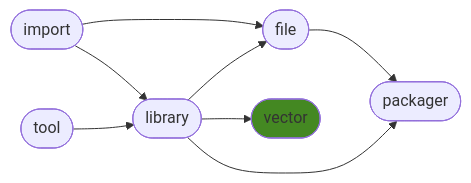
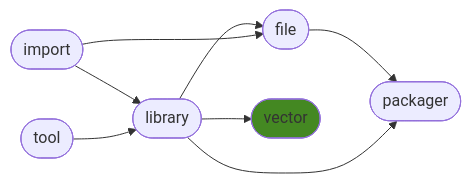
Before and after one commit to ManderaGeneral/generalvector: the diagram in README.md, drawn with Mermaid. The commit also changed other lines of this file and 1 other file, not shown here.

````diff
--- a/README.md
+++ b/README.md
@@ -24,17 +24,17 @@
 ```mermaid
 flowchart LR
+2([library]) --> 4([vector])
+0([import]) --> 2([library])
+3([file]) --> 5([packager])
+2([library]) --> 5([packager])
+1([tool]) --> 2([library])
+2([library]) --> 3([file])
 0([import]) --> 3([file])
-3([file]) --> 5([packager])
-2([library]) --> 4([vector])
-2([library]) --> 3([file])
-0([import]) --> 2([library])
-1([tool]) --> 2([library])
-2([library]) --> 5([packager])
 click 0 "https://github.com/ManderaGeneral/generalimport"
 click 1 "https://github.com/ManderaGeneral/generaltool"
 click 2 "https://github.com/ManderaGeneral/generallibrary"
 click 3 "https://github.com/ManderaGeneral/generalfile"
 click 4 "https://github.com/ManderaGeneral/generalvector"
 click 5 "https://github.com/ManderaGeneral/generalpackager"
 style 4 fill:#482
 ```
````
